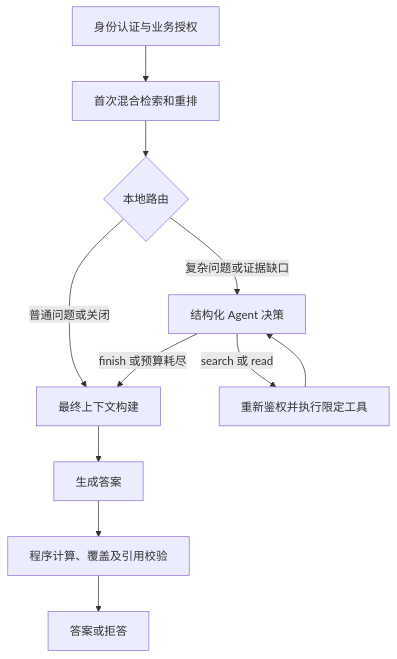
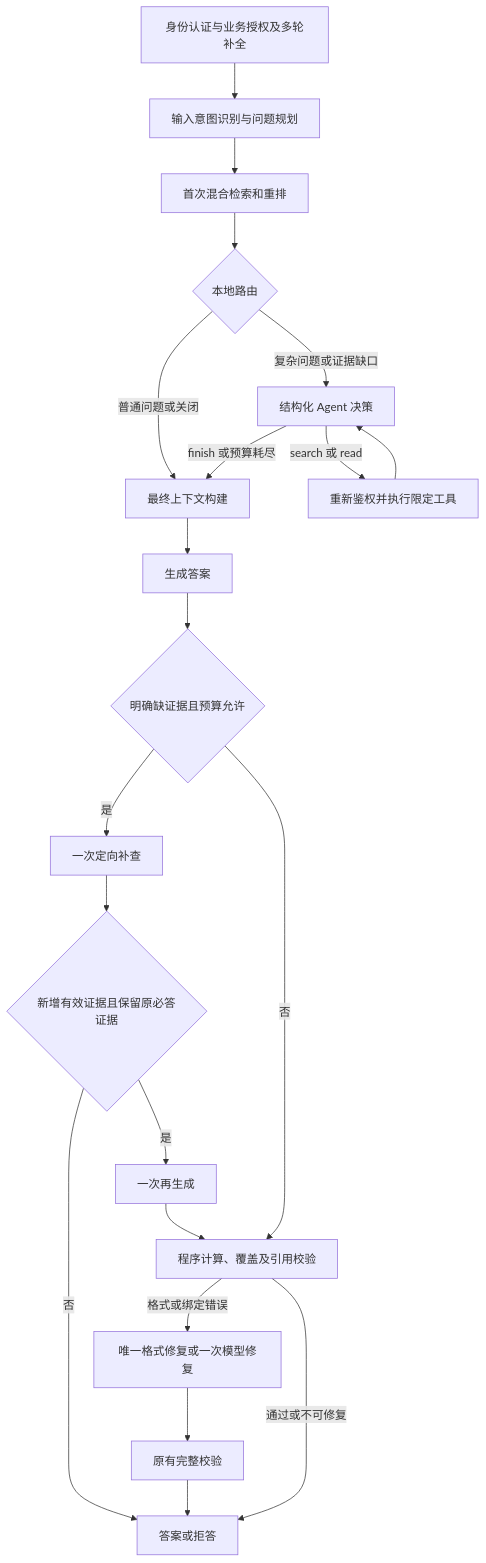
One commit to Heresy0/Agentic_RAG_Enterprise_knowledge_base changed the diagram in docs/AGENTIC_RAG.md. Above: the diagram before and after it, drawn with Mermaid. The commit also changed other lines of this file and 29 other files, not shown here.

````diff
--- a/docs/AGENTIC_RAG.md
+++ b/docs/AGENTIC_RAG.md
@@ -10,13 +12,23 @@
 ```mermaid
 flowchart TD
-    A[身份认证与业务授权] --> B[首次混合检索和重排]
+    A[身份认证与业务授权及多轮补全] --> P[输入意图识别与问题规划]
+    P --> B[首次混合检索和重排]
     B --> C{本地路由}
     C -->|普通问题或关闭| F[最终上下文构建]
     C -->|复杂问题或证据缺口| D[结构化 Agent 决策]
     D -->|search 或 read| E[重新鉴权并执行限定工具]
     E --> D
     D -->|finish 或预算耗尽| F
     F --> G[生成答案]
-    G --> H[程序计算、覆盖及引用校验]
-    H --> I[答案或拒答]
+    G --> M{明确缺证据且预算允许}
+    M -->|是| S[一次定向补查]
+    S --> T{新增有效证据且保留原必答证据}
+    T -->|是| GG[一次再生成]
+    GG --> H[程序计算、覆盖及引用校验]
+    M -->|否| H
+    T -->|否| I[答案或拒答]
+    H -->|格式或绑定错误| R[唯一格式修复或一次模型修复]
+    R --> V[原有完整校验]
+    V --> I[答案或拒答]
+    H -->|通过或不可修复| I
 ```
````
